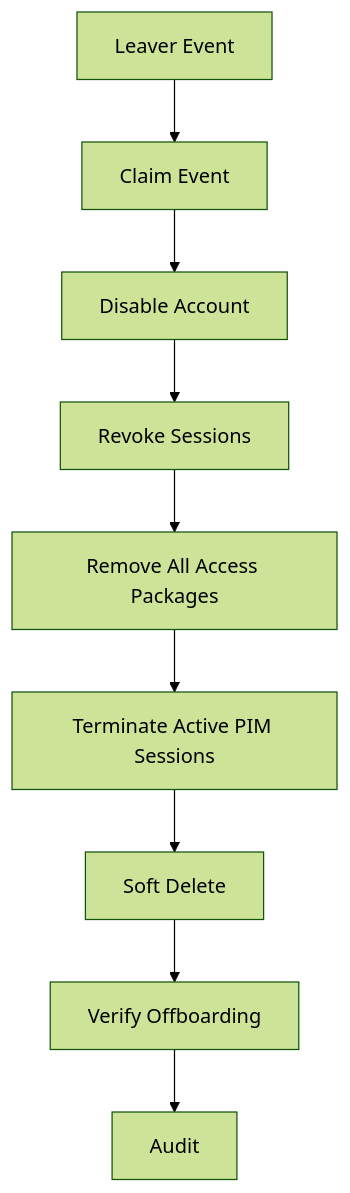
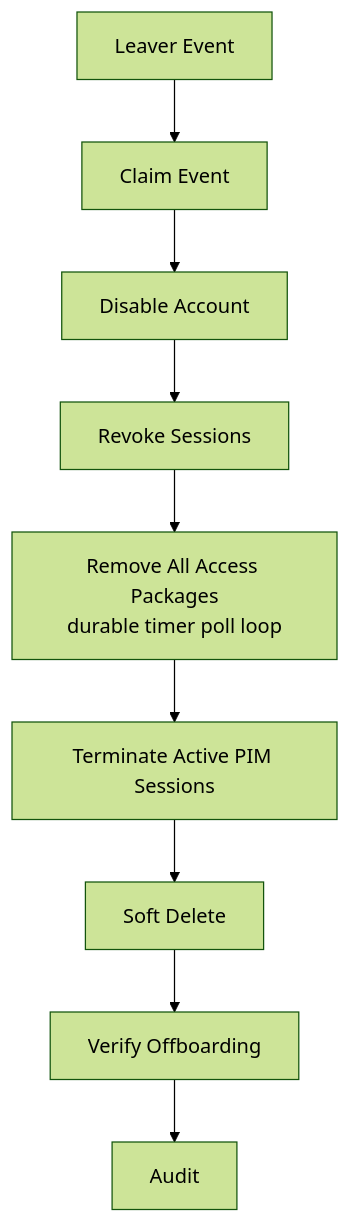
One commit to donhenzo/JML-EnigneV2 changed the third of 5 diagrams in READme.md. Above: the diagram before and after it, drawn with Mermaid (forest theme). The commit also changed other lines of this file and 1 other file, not shown here.

````diff
--- a/READme.md
+++ b/READme.md
@@ -75,11 +75,11 @@
 ```mermaid
 flowchart TD
     LE["Leaver Event"] --> CE["Claim Event"]
     CE --> DIS["Disable Account"]
     DIS --> REV["Revoke Sessions"]
-    REV --> REM["Remove All Access Packages"]
+    REV --> REM["Remove All Access Packages<br/>durable timer poll loop"]
     REM --> PIM["Terminate Active PIM Sessions"]
     PIM --> SD["Soft Delete"]
     SD --> VO["Verify Offboarding"]
     VO --> AUD["Audit"]
 ```
````
